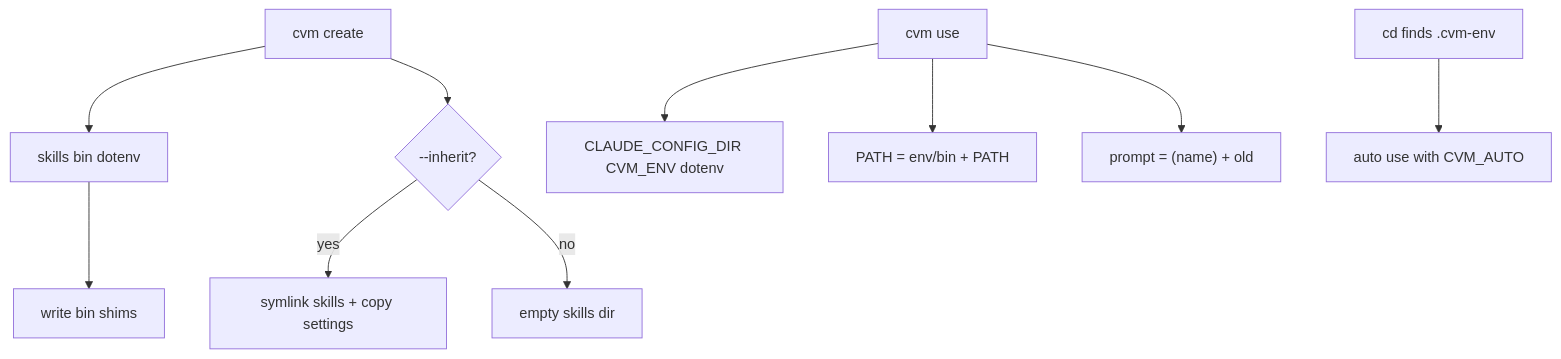
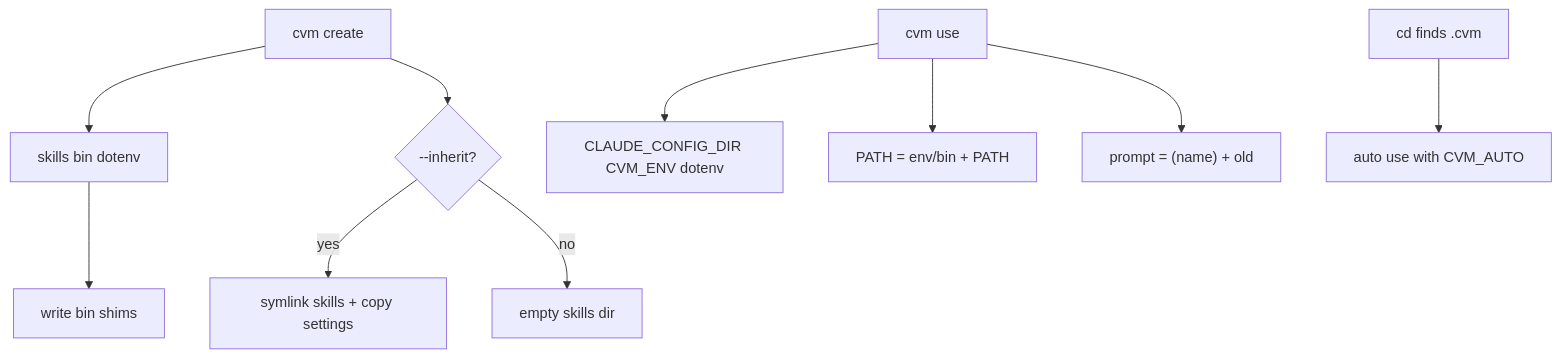
Before and after one commit to acwoss/cvm: the diagram in .dev/plans/2026-08-13-venv-like-behaviors.md, drawn with Mermaid. The commit also changed other lines of this file, not shown here.

First line of the commit message:
docs: rename auto-activate file to .cvm

````diff
--- a/.dev/plans/2026-08-13-venv-like-behaviors.md
+++ b/.dev/plans/2026-08-13-venv-like-behaviors.md
@@ -38,12 +38,12 @@
 ```mermaid
 flowchart TD
   create[cvm create] --> layout[skills bin dotenv]
   create --> inheritOpt{--inherit?}
   inheritOpt -->|yes| links[symlink skills + copy settings]
   inheritOpt -->|no| skip[empty skills dir]
   layout --> shims[write bin shims]
   use[cvm use] --> export[CLAUDE_CONFIG_DIR CVM_ENV dotenv]
   use --> path["PATH = env/bin + PATH"]
   use --> prompt["prompt = (name) + old"]
-  cdHook[cd finds .cvm-env] --> auto[auto use with CVM_AUTO]
+  cdHook[cd finds .cvm] --> auto[auto use with CVM_AUTO]
 ```
````
